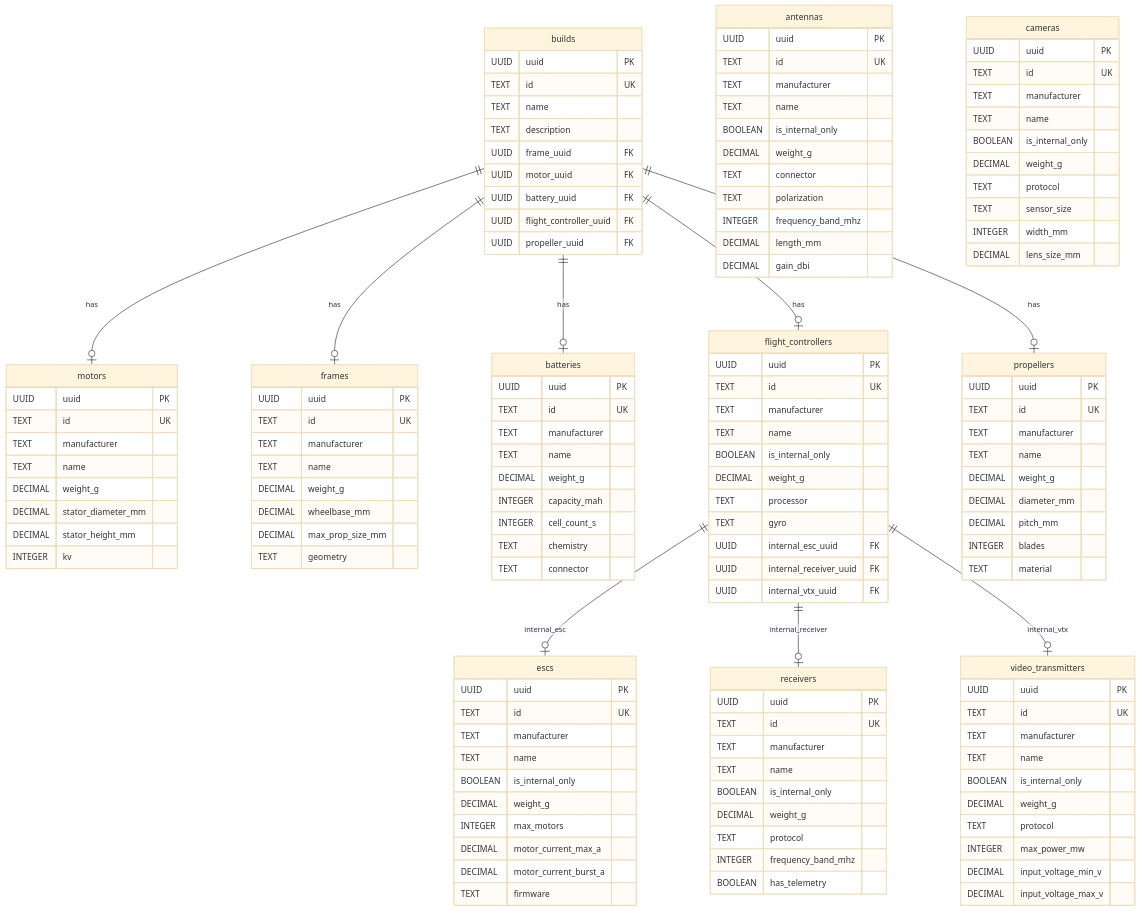
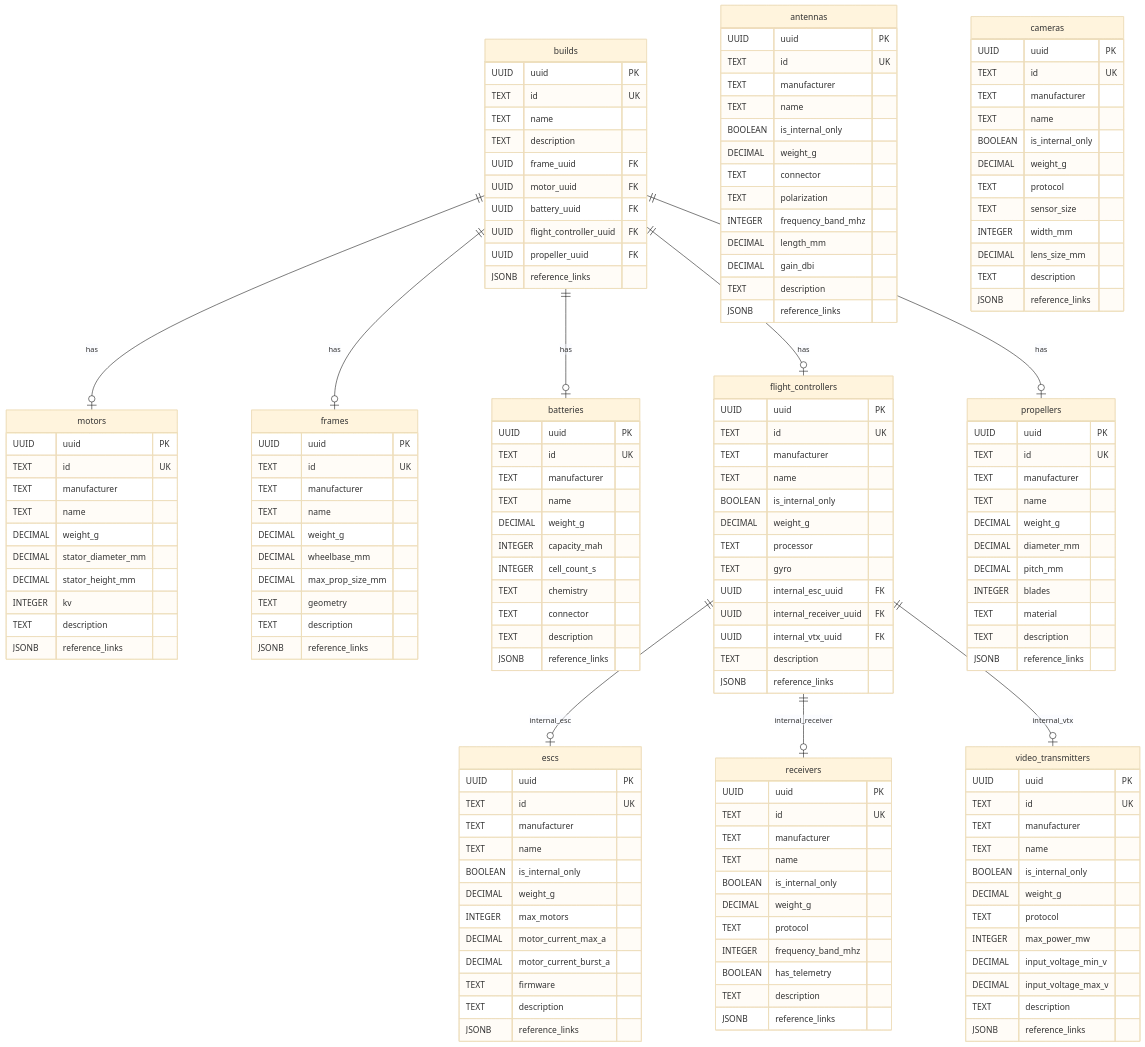
One commit to rohitramu/quadsmith changed the diagram in backend/db/diagram.mermaid. Above: the diagram before and after it, drawn with Mermaid (base theme). The commit also changed 39 other files, not shown here.

First line of the commit message:
Refactor reference_links into typed object arrays (JSONB)

```diff
--- a/backend/db/diagram.mermaid
+++ b/backend/db/diagram.mermaid
@@ -1,147 +1,168 @@
 erDiagram
     builds {
         UUID uuid PK
         TEXT id UK
         TEXT name
         TEXT description
         UUID frame_uuid FK
         UUID motor_uuid FK
         UUID battery_uuid FK
         UUID flight_controller_uuid FK
         UUID propeller_uuid FK
+        JSONB reference_links
     }
 
     motors {
         UUID uuid PK
         TEXT id UK
         TEXT manufacturer
         TEXT name
         DECIMAL weight_g
         DECIMAL stator_diameter_mm
         DECIMAL stator_height_mm
         INTEGER kv
+        TEXT description
+        JSONB reference_links
     }
 
     frames {
         UUID uuid PK
         TEXT id UK
         TEXT manufacturer
         TEXT name
         DECIMAL weight_g
         DECIMAL wheelbase_mm
         DECIMAL max_prop_size_mm
         TEXT geometry
+        TEXT description
+        JSONB reference_links
     }
 
     batteries {
         UUID uuid PK
         TEXT id UK
         TEXT manufacturer
         TEXT name
         DECIMAL weight_g
         INTEGER capacity_mah
         INTEGER cell_count_s
         TEXT chemistry
         TEXT connector
+        TEXT description
+        JSONB reference_links
     }
 
     flight_controllers {
         UUID uuid PK
         TEXT id UK
         TEXT manufacturer
         TEXT name
         BOOLEAN is_internal_only
         DECIMAL weight_g
         TEXT processor
         TEXT gyro
         UUID internal_esc_uuid FK
         UUID internal_receiver_uuid FK
         UUID internal_vtx_uuid FK
+        TEXT description
+        JSONB reference_links
     }
 
     escs {
         UUID uuid PK
         TEXT id UK
         TEXT manufacturer
         TEXT name
         BOOLEAN is_internal_only
         DECIMAL weight_g
         INTEGER max_motors
         DECIMAL motor_current_max_a
         DECIMAL motor_current_burst_a
         TEXT firmware
+        TEXT description
+        JSONB reference_links
     }
 
     receivers {
         UUID uuid PK
         TEXT id UK
         TEXT manufacturer
         TEXT name
         BOOLEAN is_internal_only
         DECIMAL weight_g
         TEXT protocol
         INTEGER frequency_band_mhz
         BOOLEAN has_telemetry
+        TEXT description
+        JSONB reference_links
     }
 
     video_transmitters {
         UUID uuid PK
         TEXT id UK
         TEXT manufacturer
         TEXT name
         BOOLEAN is_internal_only
         DECIMAL weight_g
         TEXT protocol
         INTEGER max_power_mw
         DECIMAL input_voltage_min_v
         DECIMAL input_voltage_max_v
+        TEXT description
+        JSONB reference_links
     }
 
     antennas {
         UUID uuid PK
         TEXT id UK
         TEXT manufacturer
         TEXT name
         BOOLEAN is_internal_only
         DECIMAL weight_g
         TEXT connector
         TEXT polarization
         INTEGER frequency_band_mhz
         DECIMAL length_mm
         DECIMAL gain_dbi
+        TEXT description
+        JSONB reference_links
     }
 
     propellers {
         UUID uuid PK
         TEXT id UK
         TEXT manufacturer
         TEXT name
         DECIMAL weight_g
         DECIMAL diameter_mm
         DECIMAL pitch_mm
         INTEGER blades
         TEXT material
+        TEXT description
+        JSONB reference_links
     }
 
     cameras {
         UUID uuid PK
         TEXT id UK
         TEXT manufacturer
         TEXT name
         BOOLEAN is_internal_only
         DECIMAL weight_g
         TEXT protocol
         TEXT sensor_size
         INTEGER width_mm
         DECIMAL lens_size_mm
+        TEXT description
+        JSONB reference_links
     }
 
     builds ||--o| frames : has
     builds ||--o| motors : has
     builds ||--o| batteries : has
     builds ||--o| flight_controllers : has
     builds ||--o| propellers : has
 
     flight_controllers ||--o| escs : internal_esc
     flight_controllers ||--o| receivers : internal_receiver
     flight_controllers ||--o| video_transmitters : internal_vtx
```
